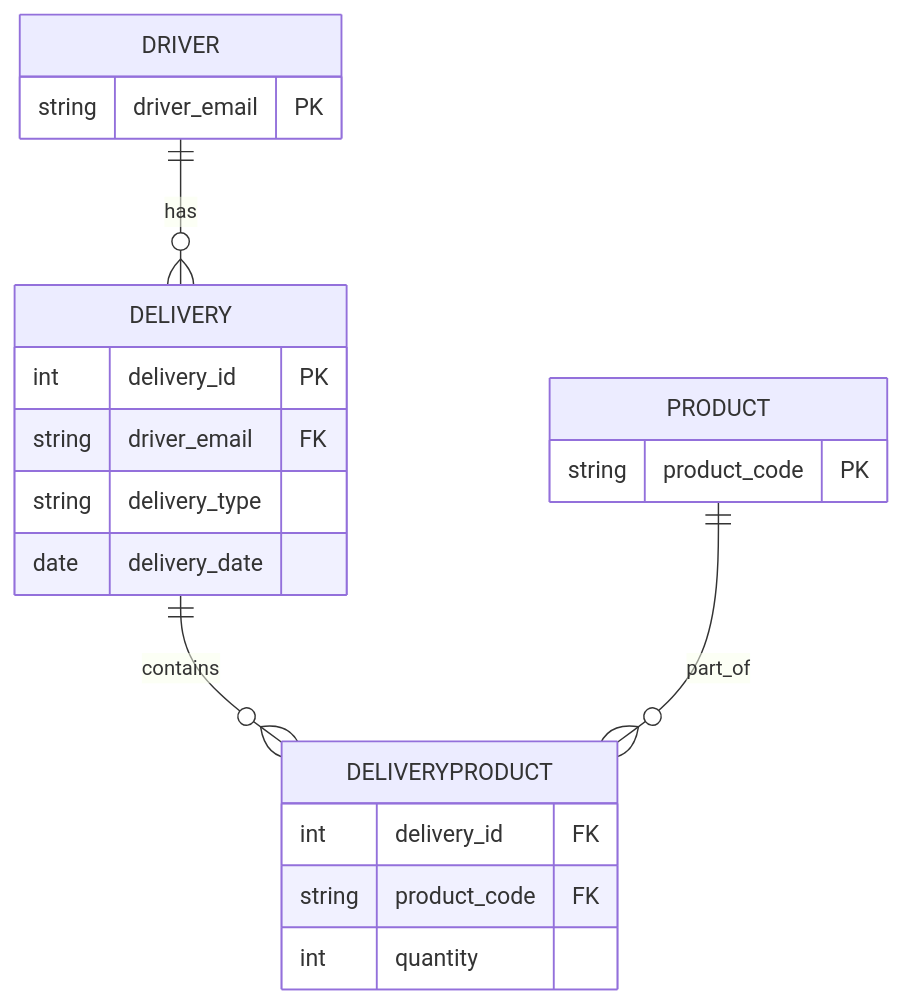
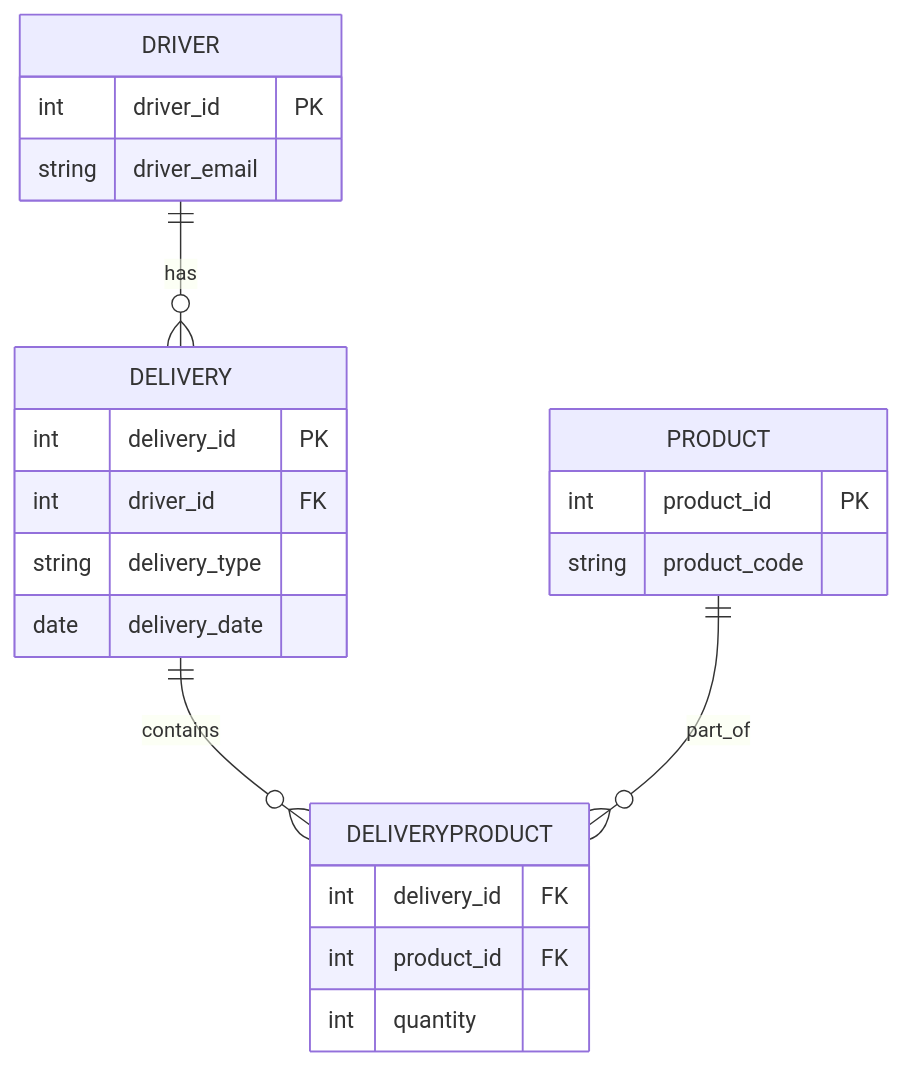
Before and after one commit to shanika/clearpoint-test: the diagram in README.md, drawn with Mermaid. The commit also changed other lines of this file, not shown here.

Commit message:
Use numaric ids instead of string ids for driver and product tables

````diff
--- a/README.md
+++ b/README.md
@@ -9,27 +7,29 @@
 ```mermaid
 erDiagram
     DRIVER ||--o{ DELIVERY : has
     DELIVERY ||--o{ DELIVERYPRODUCT : contains
     PRODUCT ||--o{ DELIVERYPRODUCT : part_of
 
     DRIVER {
-        string driver_email PK
+        int driver_id PK
+        string driver_email
     }
 
     DELIVERY {
         int delivery_id PK
-        string driver_email FK
+        int driver_id FK
         string delivery_type
         date delivery_date
     }
 
     PRODUCT {
-        string product_code PK
+        int product_id PK
+        string product_code
     }
 
     DELIVERYPRODUCT {
         int delivery_id FK
-        string product_code FK
+        int product_id FK
         int quantity
     }
 ```
````
